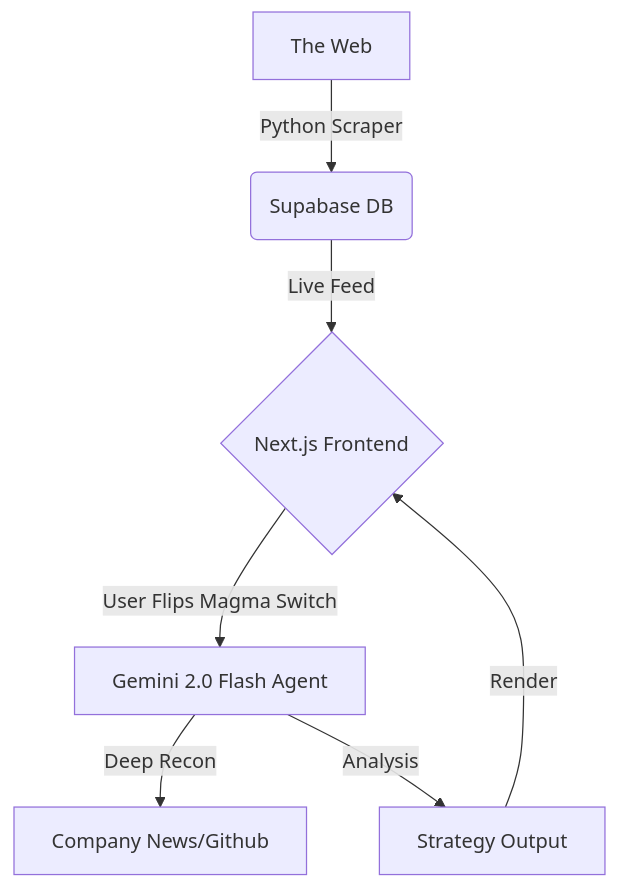
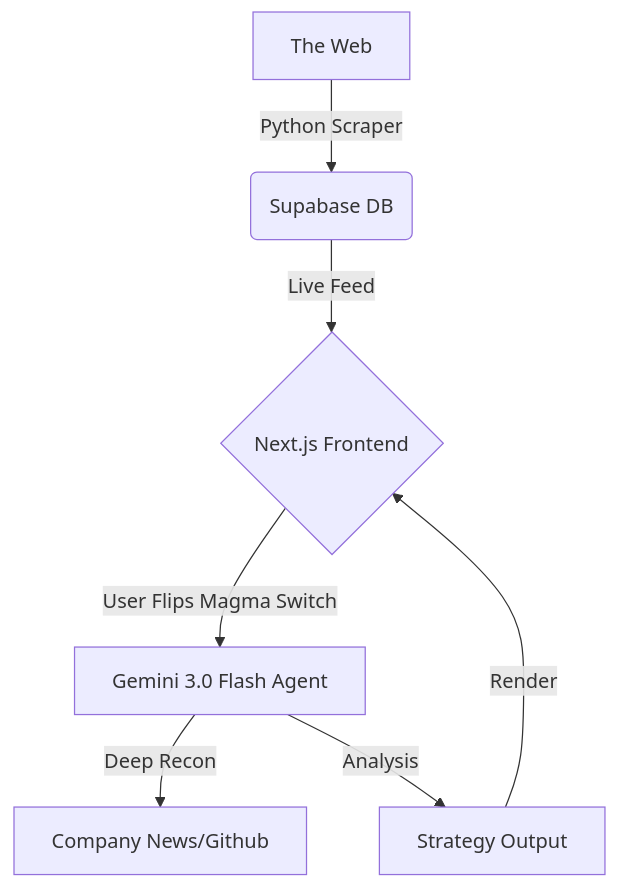
Before and after one commit to zumermalik/VULCAN-The-Opportunity-Hunter: the diagram in README.md, drawn with Mermaid.

````diff
--- a/README.md
+++ b/README.md
@@ -64,10 +64,10 @@
 ```mermaid
 graph TD
     A[The Web] -->|Python Scraper| B(Supabase DB)
     B -->|Live Feed| C{Next.js Frontend}
-    C -->|User Flips Magma Switch| D[Gemini 2.0 Flash Agent]
+    C -->|User Flips Magma Switch| D[Gemini 3.0 Flash Agent]
     D -->|Deep Recon| E[Company News/Github]
     D -->|Analysis| F[Strategy Output]
     F -->|Render| C
 
 ```
````
